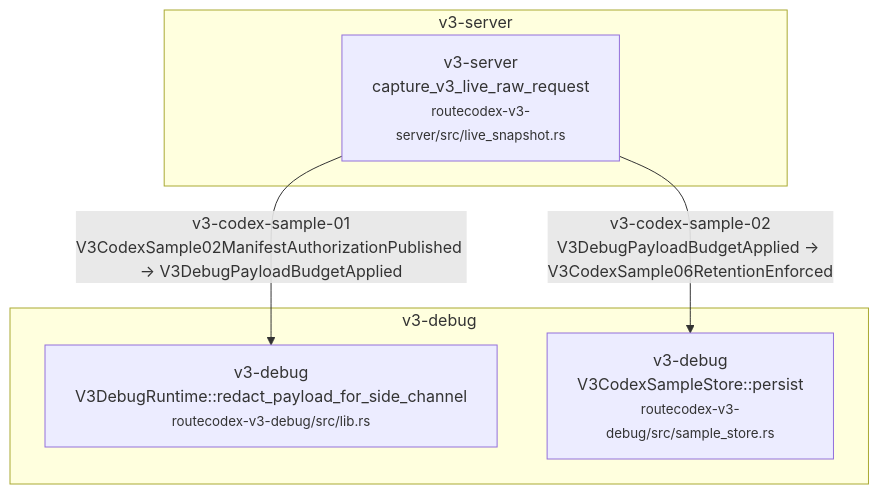
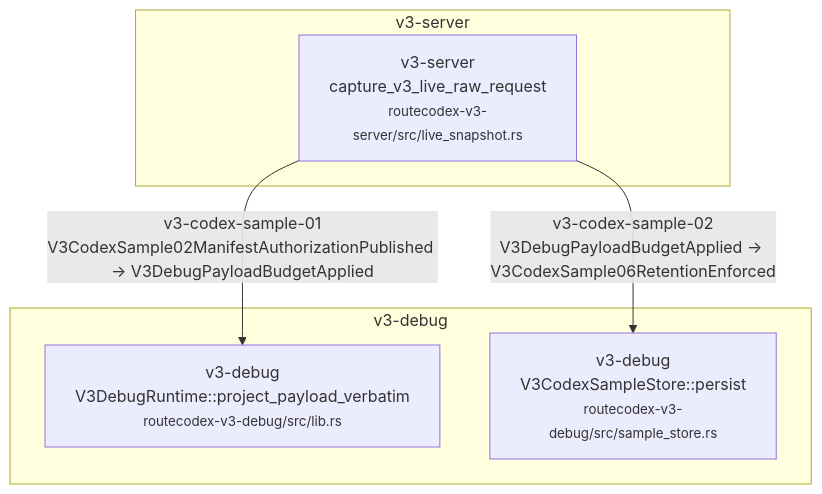
The fourth of 59 diagrams in docs/architecture/wiki/v3-mainline-caller-flow.md (Jasonzhangf/routecodex), drawn with Mermaid before and after one commit. The commit also changed other lines of this file and 139 other files, not shown here.

````diff
--- a/docs/architecture/wiki/v3-mainline-caller-flow.md
+++ b/docs/architecture/wiki/v3-mainline-caller-flow.md
@@ -203,12 +203,12 @@
 ```mermaid
 flowchart TD
   subgraph c_2_v3_codex_sample_retention_snap_scope_m_v3_debug["v3-debug"]
-    c_2_v3_codex_sample_retention_snap_scope_1["v3-debug<br/>V3DebugRuntime::redact_payload_for_side_channel<br/><small>routecodex-v3-debug/src/lib.rs</small>"]
+    c_2_v3_codex_sample_retention_snap_scope_1["v3-debug<br/>V3DebugRuntime::project_payload_verbatim<br/><small>routecodex-v3-debug/src/lib.rs</small>"]
     c_2_v3_codex_sample_retention_snap_scope_2["v3-debug<br/>V3CodexSampleStore::persist<br/><small>routecodex-v3-debug/src/sample_store.rs</small>"]
   end
   subgraph c_2_v3_codex_sample_retention_snap_scope_m_v3_server["v3-server"]
     c_2_v3_codex_sample_retention_snap_scope_0["v3-server<br/>capture_v3_live_raw_request<br/><small>routecodex-v3-server/src/live_snapshot.rs</small>"]
   end
   c_2_v3_codex_sample_retention_snap_scope_0 -->|v3-codex-sample-01<br/>V3CodexSample02ManifestAuthorizationPublished → V3DebugPayloadBudgetApplied| c_2_v3_codex_sample_retention_snap_scope_1
   c_2_v3_codex_sample_retention_snap_scope_0 -->|v3-codex-sample-02<br/>V3DebugPayloadBudgetApplied → V3CodexSample06RetentionEnforced| c_2_v3_codex_sample_retention_snap_scope_2
 ```
````
